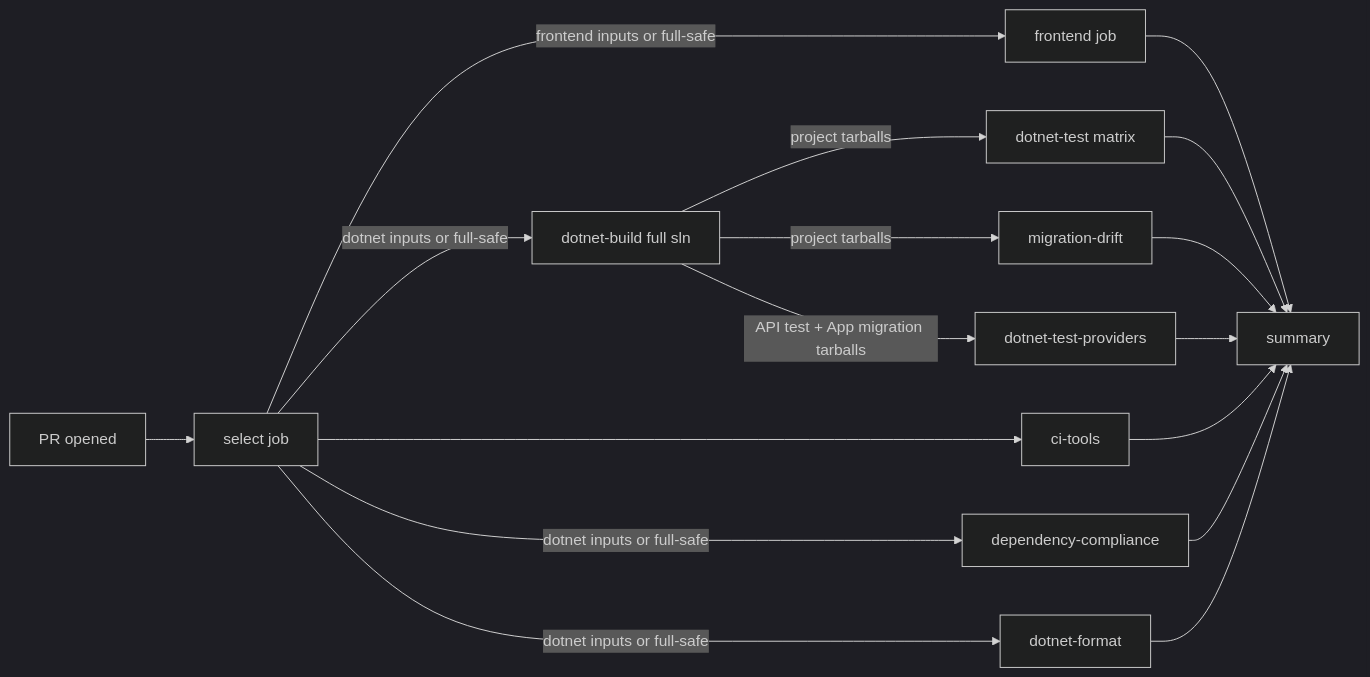
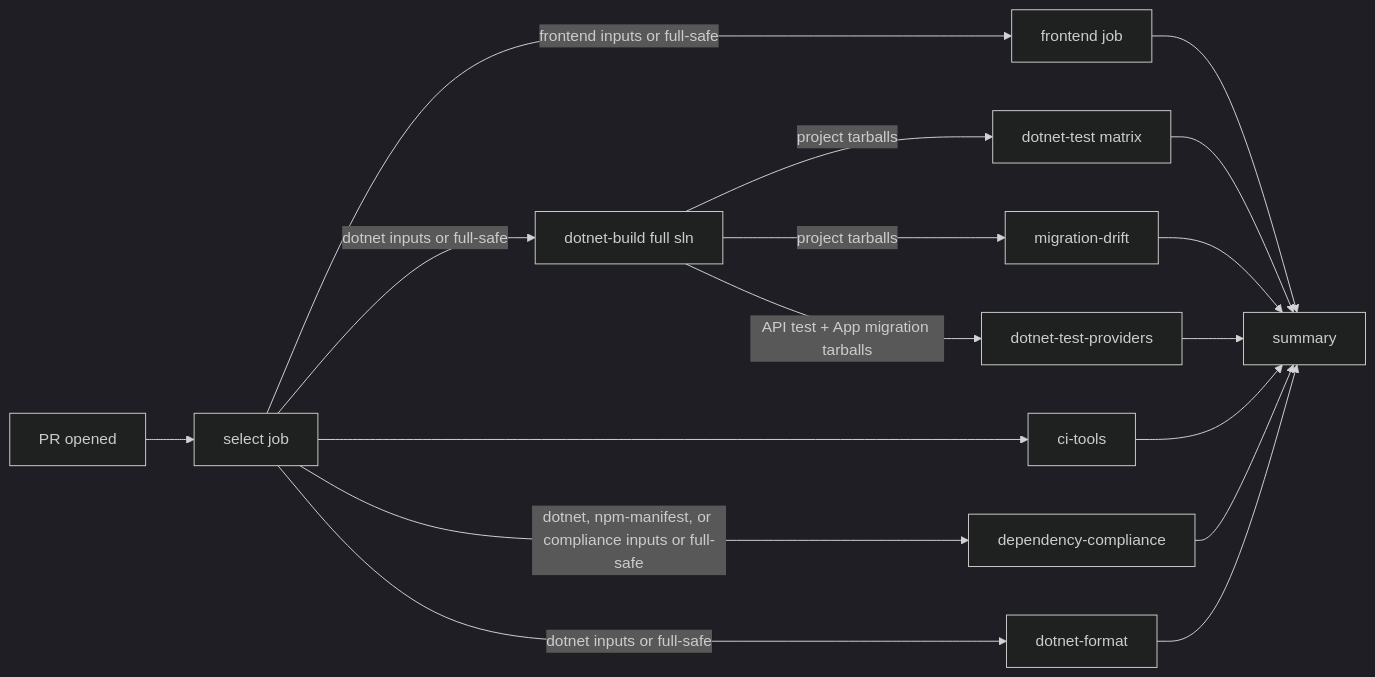
Before and after one commit to OlyForge3D/PrintFarmer: the diagram in docs/CI.md, drawn with Mermaid (dark theme). The commit also changed other lines of this file and 5 other files, not shown here.

First line of the commit message:
ci: run dependency-compliance for npm manifest and compliance changes

````diff
--- a/docs/CI.md
+++ b/docs/CI.md
@@ -20,19 +20,19 @@
 ```mermaid
 flowchart LR
   A[PR opened] --> B[select job]
   B -->|frontend inputs or full-safe| C[frontend job]
   B -->|dotnet inputs or full-safe| D[dotnet-build full sln]
   D -->|project tarballs| E[dotnet-test matrix]
   D -->|project tarballs| F[migration-drift]
   D -->|API test + App migration tarballs| J[dotnet-test-providers]
   B --> G[ci-tools]
-  B -->|dotnet inputs or full-safe| I[dependency-compliance]
+  B -->|dotnet, npm-manifest, or compliance inputs or full-safe| I[dependency-compliance]
   B -->|dotnet inputs or full-safe| K[dotnet-format]
   C --> H[summary]
   E --> H
   F --> H
   J --> H
   G --> H
   I --> H
   K --> H
 ```
````
